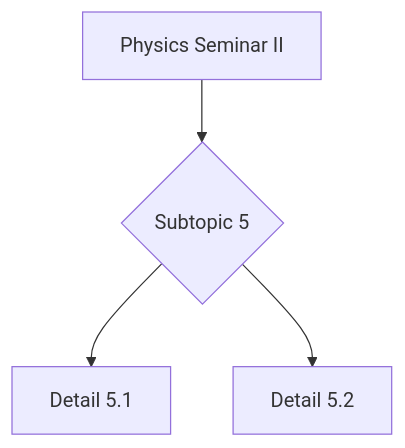
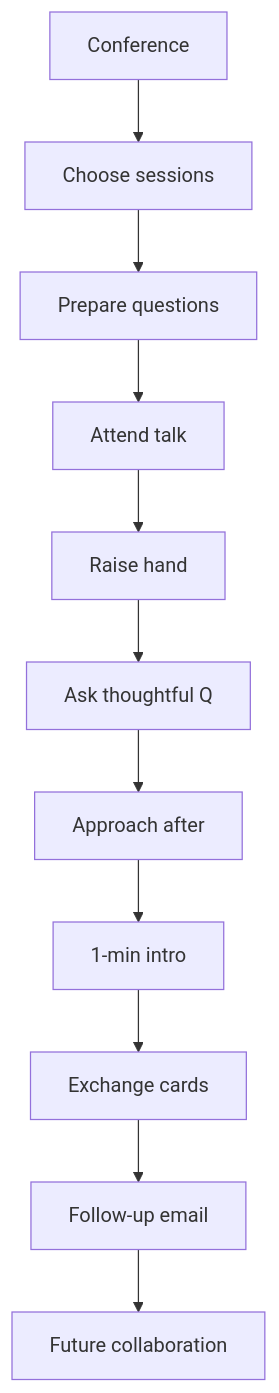
The fourth of 5 diagrams in 01_BSc_Physics/electives/PHYS_4080_Physics_Seminar_II/README.md (yip-lgtm/PhysicsSelfStudy), drawn with Mermaid before and after one commit. The commit also changed other lines of this file and 21 other files, not shown here.

````diff
--- a/01_BSc_Physics/electives/PHYS_4080_Physics_Seminar_II/README.md
+++ b/01_BSc_Physics/electives/PHYS_4080_Physics_Seminar_II/README.md
@@ -291,6 +258,13 @@
 ```mermaid
 graph TD
-    A[Physics Seminar II] --> B{Subtopic 5}
-    B --> C[Detail 5.1]
-    B --> D[Detail 5.2]
+    A[Conference] --> B[Choose sessions]
+    B --> C[Prepare questions]
+    C --> D[Attend talk]
+    D --> E[Raise hand]
+    E --> F[Ask thoughtful Q]
+    F --> G[Approach after]
+    G --> H[1-min intro]
+    H --> I[Exchange cards]
+    I --> J[Follow-up email]
+    J --> K[Future collaboration]
 ```
````
